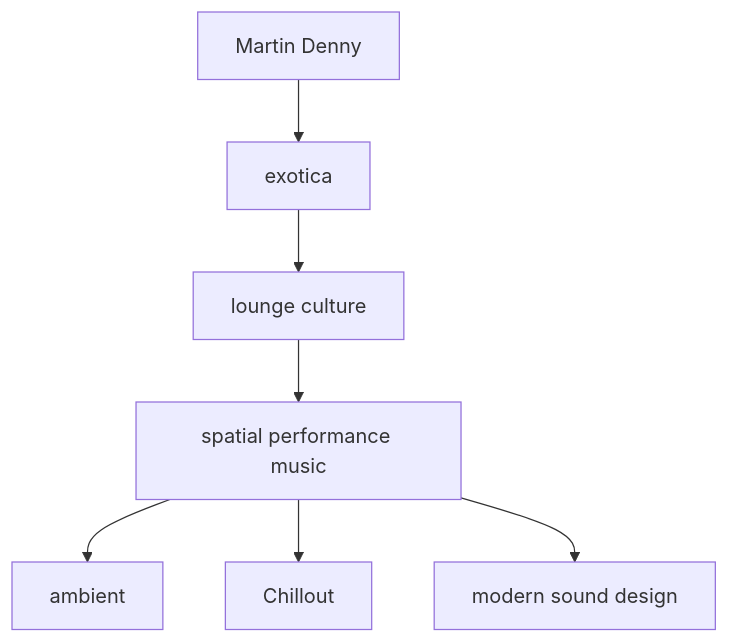
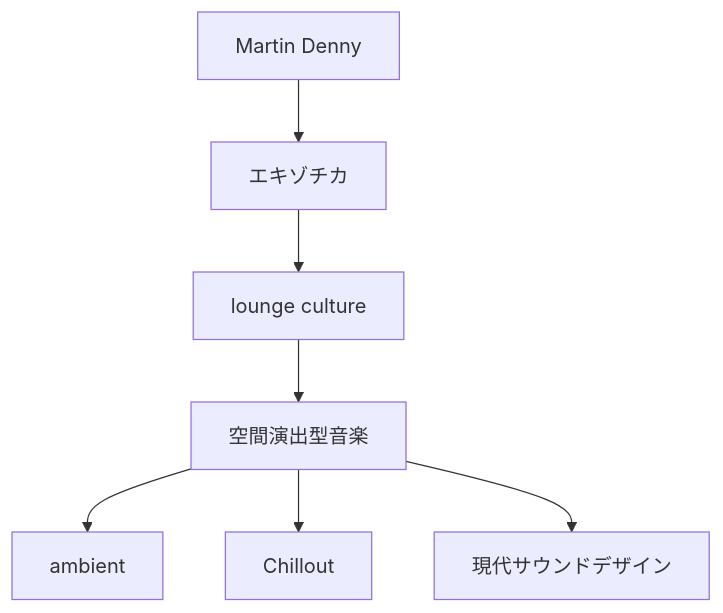
One commit to monumental-movement/monumental-movement.github.io changed the seventh of 8 diagrams in en/_posts/2026-05-24-column-martin-denny.md. Above: the diagram before and after it, drawn with Mermaid. The commit also changed other lines of this file and 2196 other files, not shown here.

```diff
--- a/en/_posts/2026-05-24-column-martin-denny.md
+++ b/en/_posts/2026-05-24-column-martin-denny.md
@@ -389,9 +389,9 @@
 <div class="mermaid">
 flowchart TD
-A[Martin Denny] --> B[exotica]
+A[Martin Denny] --> B[エキゾチカ]
 B --> C[lounge culture]
-C --> D[spatial performance music]
+C --> D[空間演出型音楽]
 D --> E[ambient]
 D --> F[Chillout]
-D --> G[modern sound design]
+D --> G[現代サウンドデザイン]
 </div>
```
